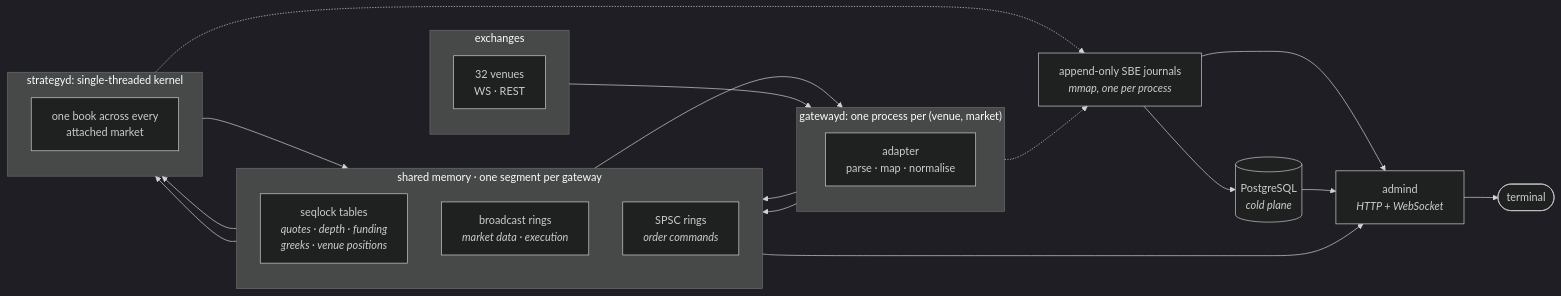
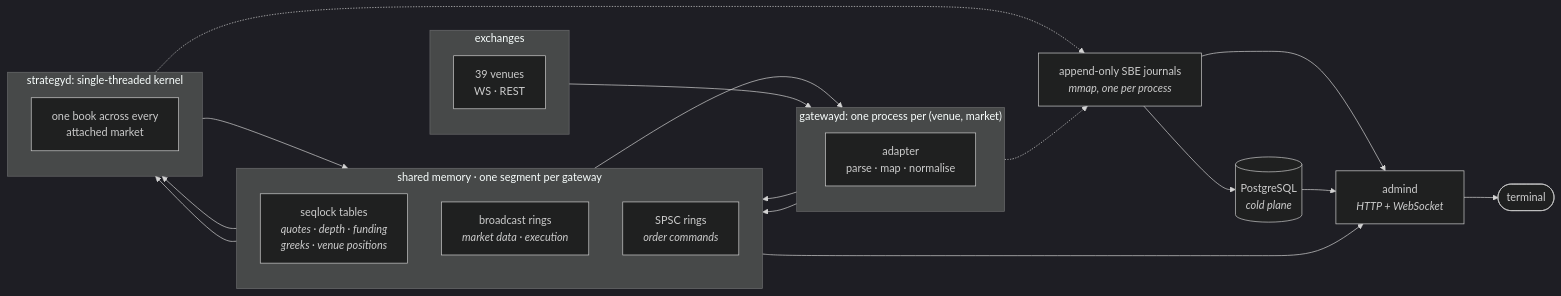
The diagram in docs/README.md (TeachPenguinsFly/raikiri), drawn with Mermaid (dark theme) before and after one commit. The commit also changed other lines of this file and 652 other files, not shown here.

````diff
--- a/docs/README.md
+++ b/docs/README.md
@@ -16,41 +16,41 @@
 ```mermaid
 flowchart LR
     subgraph V["exchanges"]
         direction TB
-        E1["32 venues<br/>WS · REST"]
+        E1["39 venues<br/>WS · REST"]
     end
 
     subgraph G["gatewayd: one process per (venue, market)"]
         direction TB
         GA["adapter<br/>parse · map · normalise"]
     end
 
     subgraph S["shared memory · one segment per gateway"]
         direction TB
         T["seqlock tables<br/><i>quotes · depth · funding<br/>greeks · venue positions</i>"]
         R["broadcast rings<br/><i>market data · execution</i>"]
         C["SPSC rings<br/><i>order commands</i>"]
     end
 
     subgraph K["strategyd: single-threaded kernel"]
         direction TB
         ST["one book across every<br/>attached market"]
     end
 
     J["append-only SBE journals<br/><i>mmap, one per process</i>"]
     P[("PostgreSQL<br/><i>cold plane</i>")]
     A["admind<br/><i>HTTP + WebSocket</i>"]
 
     E1 --> GA
     GA --> T & R
     C --> GA
     T & R --> ST
     ST --> C
     GA -.-> J
     ST -.-> J
     J --> P
     T --> A
     J --> A
     P --> A
     A --> W(["terminal"])
 ```
````
